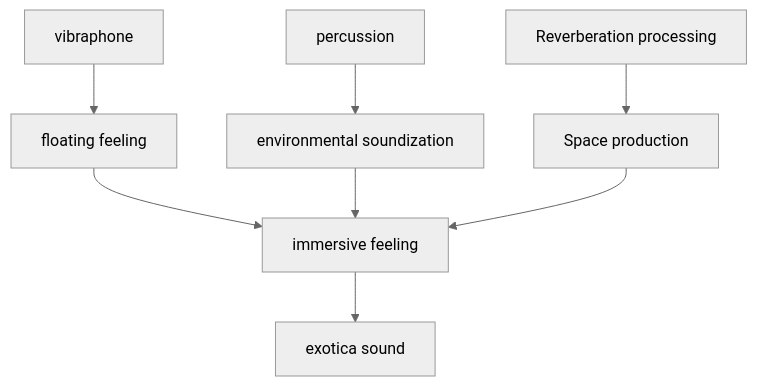
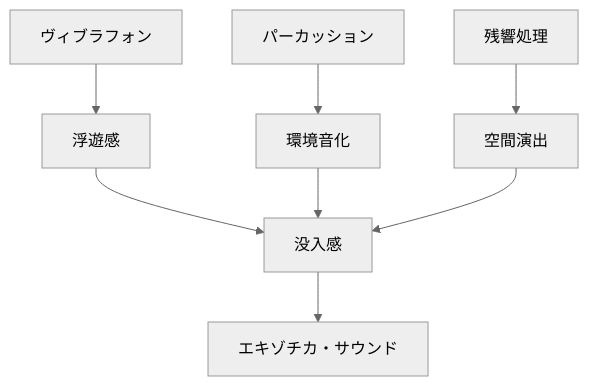
Before and after one commit to monumental-movement/monumental-movement.github.io: the fourth of 8 diagrams in en/_posts/2026-05-24-column-martin-denny.md, drawn with Mermaid (neutral theme). The commit also changed other lines of this file and 2196 other files, not shown here.

```diff
--- a/en/_posts/2026-05-24-column-martin-denny.md
+++ b/en/_posts/2026-05-24-column-martin-denny.md
@@ -230,10 +230,10 @@
 <div class="mermaid">
 flowchart TD
-A[vibraphone] --> D[floating feeling]
-B[percussion] --> E[environmental soundization]
-C[Reverberation processing] --> F[Space production]
-D --> G[immersive feeling]
+A[ヴィブラフォン] --> D[浮遊感]
+B[パーカッション] --> E[環境音化]
+C[残響処理] --> F[空間演出]
+D --> G[没入感]
 E --> G
 F --> G
-G --> H[exotica sound]
+G --> H[エキゾチカ・サウンド]
 </div>
```
